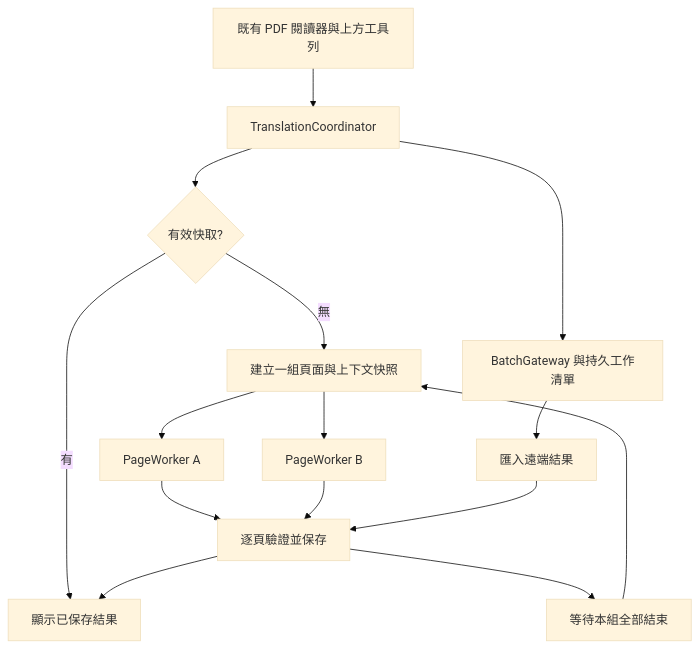
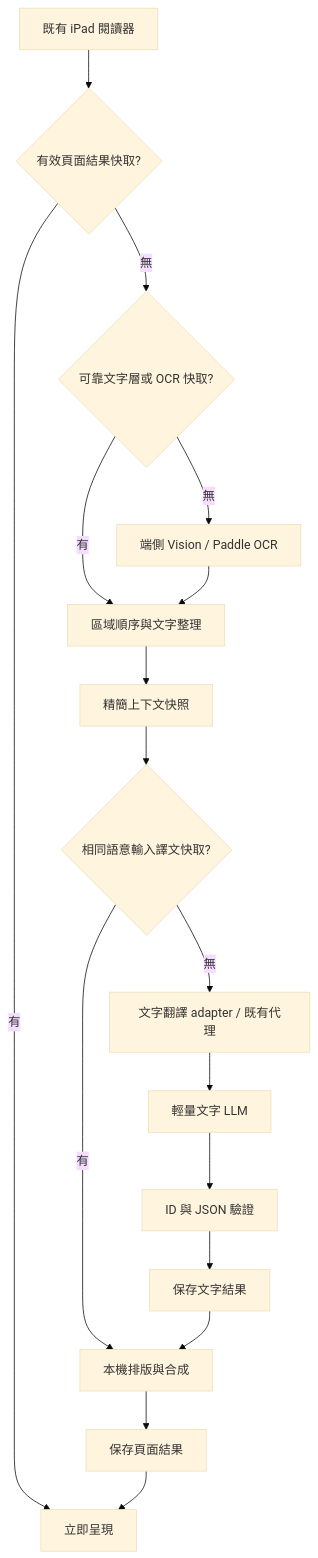
The diagram in IPAD_PDF_TRANSLATION_SPEC.md (anderson-109/ShinobuTranslator), drawn with Mermaid (base theme) before and after one commit. The commit also changed other lines of this file, not shown here.

Commit message:
docs: replan iPad translation around local OCR and text-only efficiency

````diff
--- a/IPAD_PDF_TRANSLATION_SPEC.md
+++ b/IPAD_PDF_TRANSLATION_SPEC.md
@@ -70,17 +41,19 @@
 ```mermaid
 flowchart TD
-    UI[既有 PDF 閱讀器與上方工具列] --> C[TranslationCoordinator]
-    C --> K{有效快取?}
-    K -->|有| V[顯示已保存結果]
-    K -->|無| G[建立一組頁面與上下文快照]
-    G --> W1[PageWorker A]
-    G --> W2[PageWorker B]
-    W1 --> S[逐頁驗證並保存]
-    W2 --> S
-    S --> V
-    S --> B[等待本組全部結束]
-    B --> G
-    C --> Q[BatchGateway 與持久工作清單]
-    Q --> I[匯入遠端結果]
-    I --> S
+    UI[既有 iPad 閱讀器] --> C{有效頁面結果快取?}
+    C -->|有| VIEW[立即呈現]
+    C -->|無| T{可靠文字層或 OCR 快取?}
+    T -->|有| LOCAL[區域順序與文字整理]
+    T -->|無| OCR[端側 Vision / Paddle OCR]
+    OCR --> LOCAL
+    LOCAL --> CTX[精簡上下文快照]
+    CTX --> TC{相同語意輸入譯文快取?}
+    TC -->|有| LAYOUT[本機排版與合成]
+    TC -->|無| NET[文字翻譯 adapter / 既有代理]
+    NET --> LLM[輕量文字 LLM]
+    LLM --> VALID[ID 與 JSON 驗證]
+    VALID --> SAVE[保存文字結果]
+    SAVE --> LAYOUT
+    LAYOUT --> PAGE[保存頁面結果]
+    PAGE --> VIEW
 ```
````
